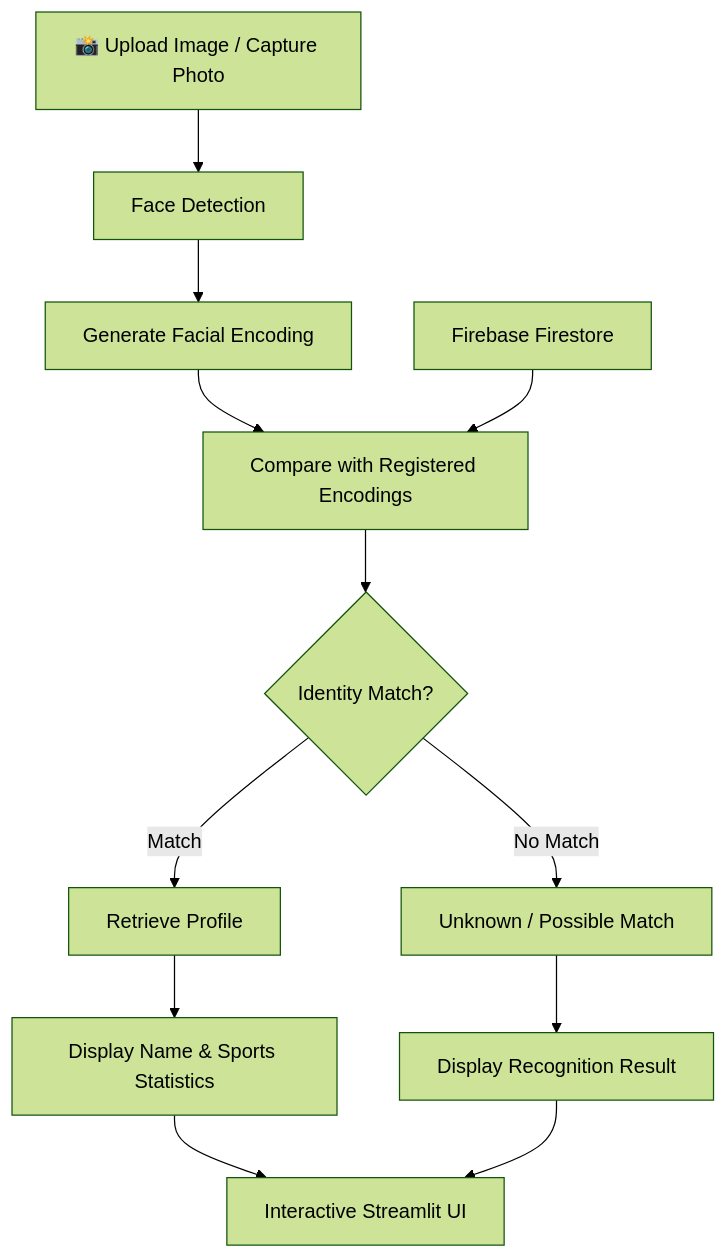
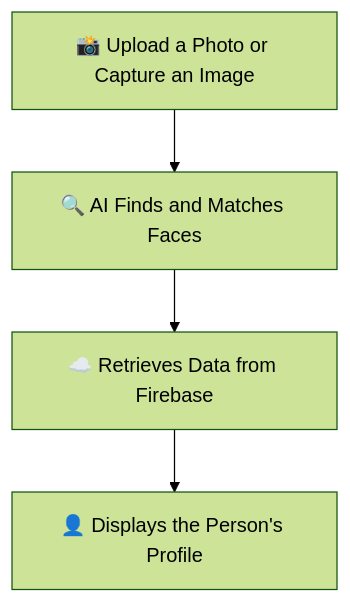
Before and after one commit to yuvanshkalra/face-recogniser: the diagram in README.md, drawn with Mermaid (forest theme). The commit also changed other lines of this file, not shown here.

````diff
--- a/README.md
+++ b/README.md
@@ -82,14 +85,6 @@
 ```mermaid
 flowchart TD
-    A["📸 Upload Image / Capture Photo"] --> B["Face Detection"]
-    B --> C["Generate Facial Encoding"]
-    C --> D["Compare with Registered Encodings"]
-    E["Firebase Firestore"] --> D
-    D --> F{"Identity Match?"}
-    F -->|Match| G["Retrieve Profile"]
-    F -->|No Match| H["Unknown / Possible Match"]
-    G --> I["Display Name & Sports Statistics"]
-    H --> J["Display Recognition Result"]
-    I --> K["Interactive Streamlit UI"]
-    J --> K
+    A["📸 Upload a Photo or Capture an Image"] --> B["🔍 AI Finds and Matches Faces"]
+    B --> C["☁️ Retrieves Data from Firebase"]
+    C --> D["👤 Displays the Person's Profile"]
 ```
````
